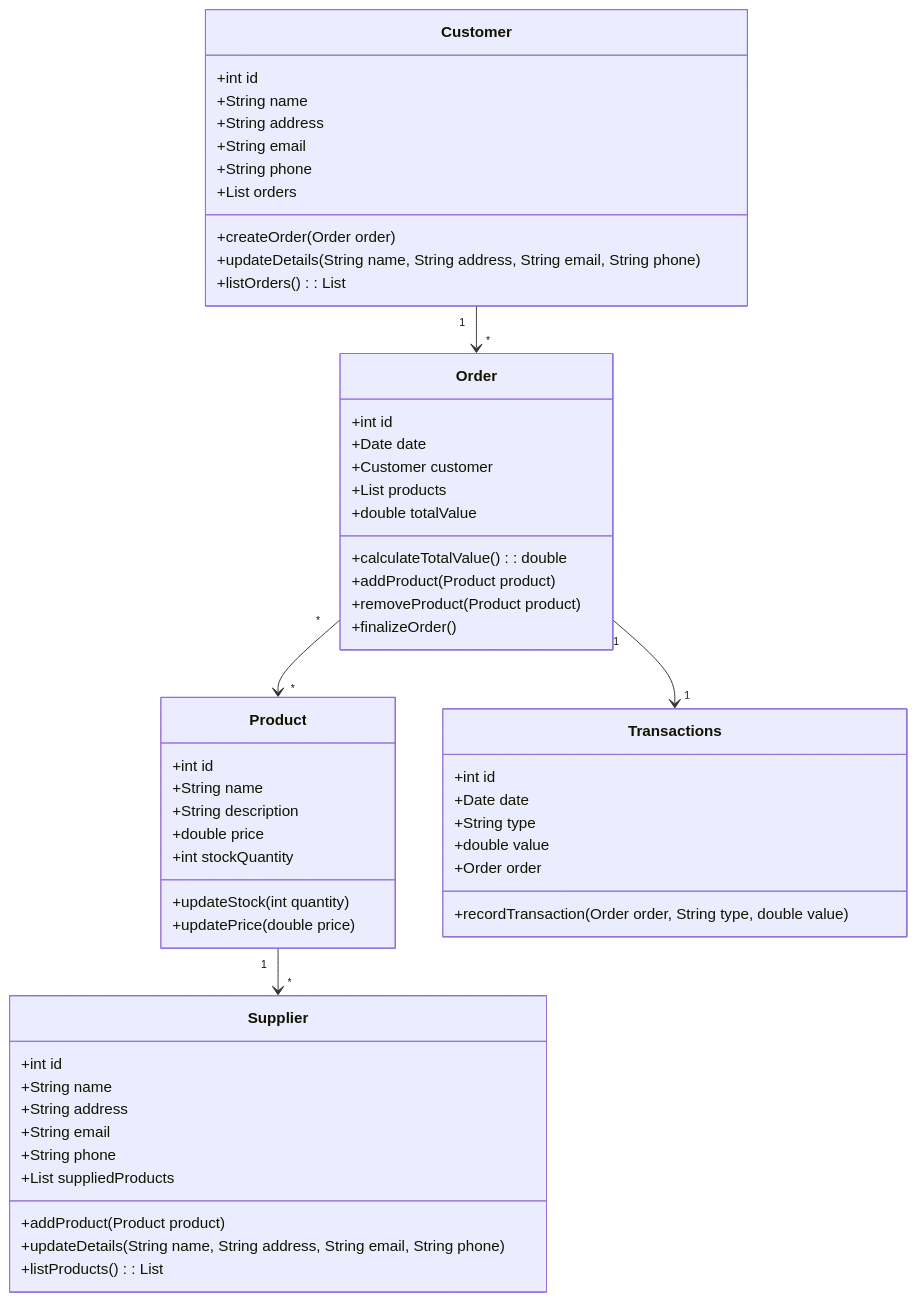
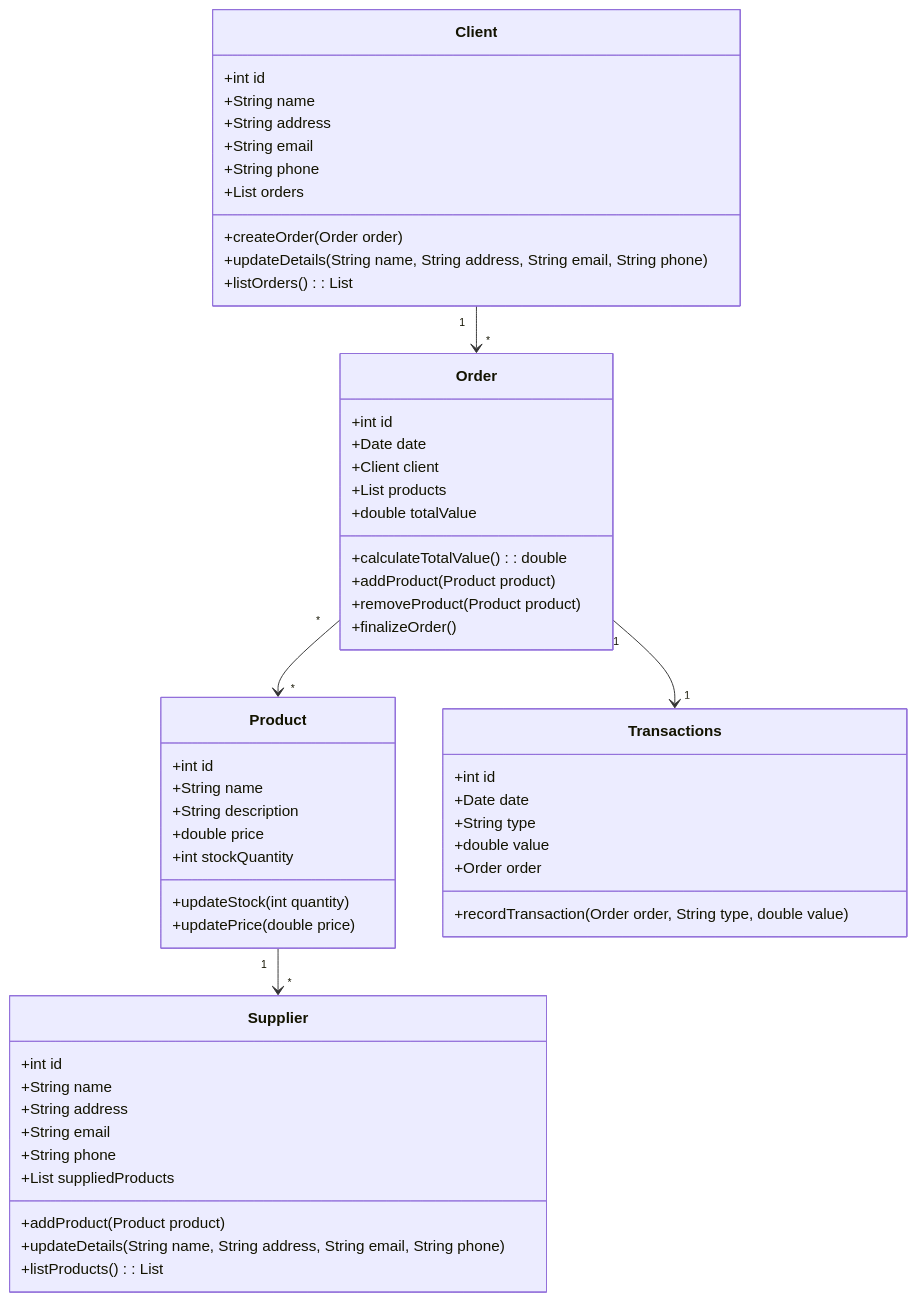
The diagram in README.md (DiegoCasemiroFS/distribuidora), drawn with Mermaid before and after one commit.

````diff
--- a/README.md
+++ b/README.md
@@ -8,68 +8,69 @@
 ```mermaid
 classDiagram
-    class Customer {
+    class Client {
         +int id
         +String name
         +String address
         +String email
         +String phone
         +List<Order> orders
         
         +createOrder(Order order)
         +updateDetails(String name, String address, String email, String phone)
         +listOrders(): List<Order>
     }
     
     class Supplier {
         +int id
         +String name
         +String address
         +String email
         +String phone
         +List<Product> suppliedProducts
         
         +addProduct(Product product)
         +updateDetails(String name, String address, String email, String phone)
         +listProducts(): List<Product>
     }
     
     class Order {
         +int id
         +Date date
-        +Customer customer
+        +Client client
         +List<Product> products
         +double totalValue
         
         +calculateTotalValue(): double
         +addProduct(Product product)
         +removeProduct(Product product)
         +finalizeOrder()
     }
     
     class Product {
         +int id
         +String name
         +String description
         +double price
         +int stockQuantity
         
         +updateStock(int quantity)
         +updatePrice(double price)
     }
     
     class Transactions {
         +int id
         +Date date
         +String type
         +double value
         +Order order
         
         +recordTransaction(Order order, String type, double value)
     }
 
-    Customer "1" --> "*" Order
+    Client "1" --> "*" Order
     Order "*" --> "*" Product
     Product "1" --> "*" Supplier
     Order "1" --> "1" Transactions
 
+
 ```
````
